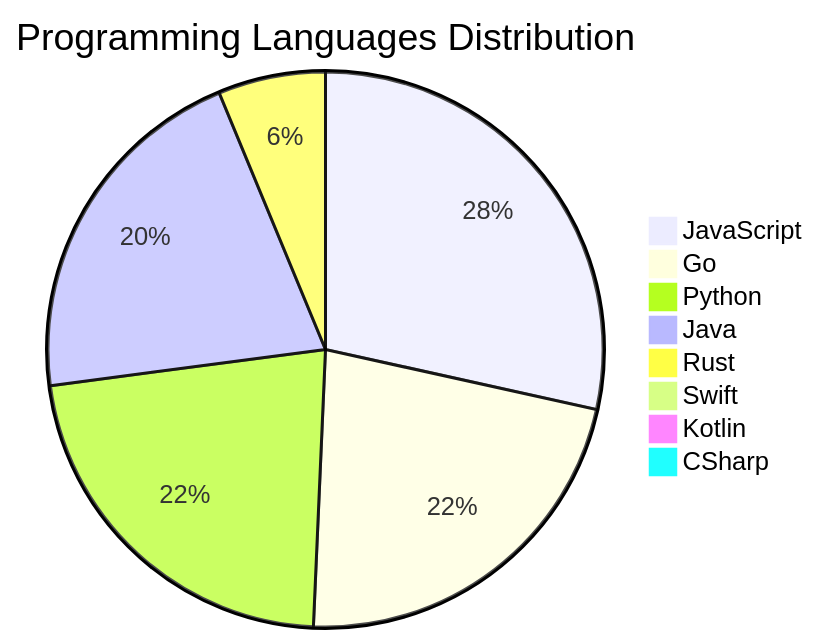
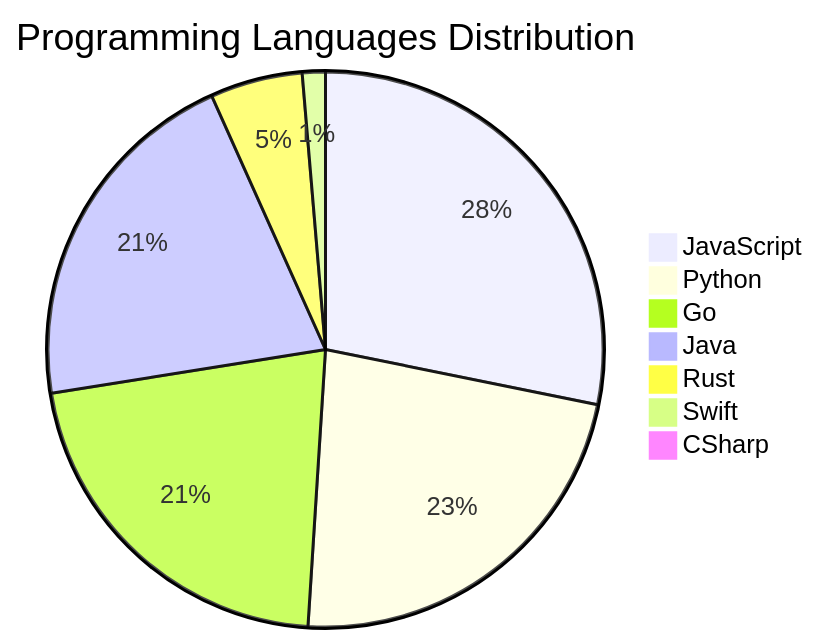
The diagram in README.md (Derrick-MUGISHA/github-activity-bot), drawn with Mermaid before and after one commit. The commit also changed other lines of this file and 4 other files, not shown here.

````diff
--- a/README.md
+++ b/README.md
@@ -208,11 +207,10 @@
 ```mermaid
 pie title Programming Languages Distribution
-    "JavaScript" : 41
+    "JavaScript" : 42
+    "Python" : 34
     "Go" : 32
-    "Python" : 32
-    "Java" : 30
-    "Rust" : 9
-    "Swift" : 1
-    "Kotlin" : 1
+    "Java" : 31
+    "Rust" : 8
+    "Swift" : 2
     "CSharp" : 1
 ```
````
